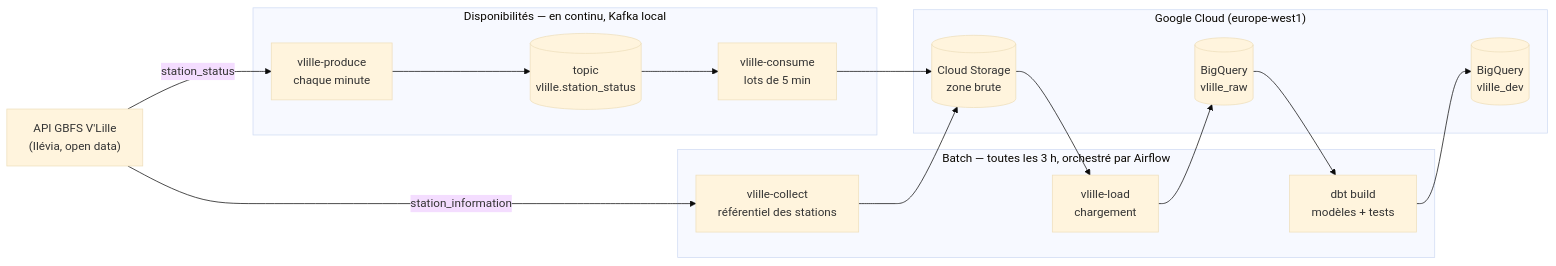
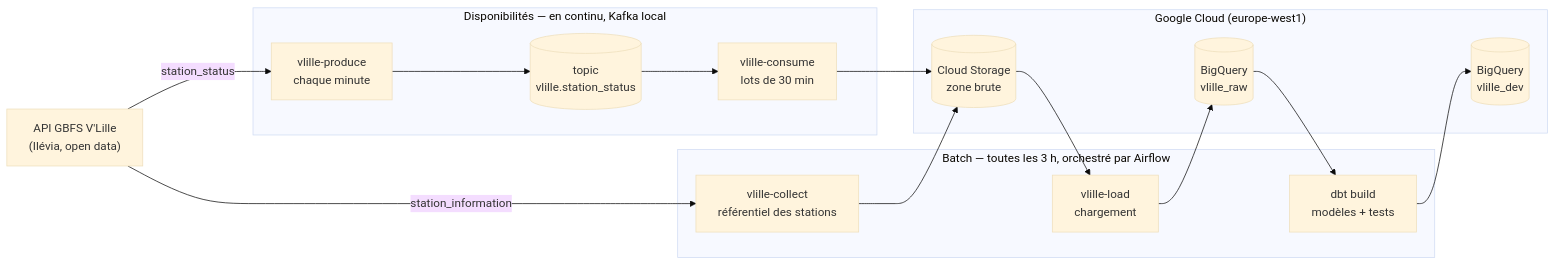
Before and after one commit to Tiffado/vlille-data-pipeline: the diagram in README.md, drawn with Mermaid (base theme). The commit also changed other lines of this file and 5 other files, not shown here.

````diff
--- a/README.md
+++ b/README.md
@@ -15,26 +15,26 @@
 ```mermaid
 flowchart LR
     API["API GBFS V'Lille<br/>(Ilévia, open data)"]
 
     subgraph Streaming["Disponibilités — en continu, Kafka local"]
         PRODUCE["vlille-produce<br/>chaque minute"]
         TOPIC[("topic<br/>vlille.station_status")]
-        CONSUME["vlille-consume<br/>lots de 5 min"]
+        CONSUME["vlille-consume<br/>lots de 30 min"]
     end
 
     subgraph Batch["Batch — toutes les 3 h, orchestré par Airflow"]
         COLLECT["vlille-collect<br/>référentiel des stations"]
         LOAD["vlille-load<br/>chargement"]
         DBT["dbt build<br/>modèles + tests"]
     end
 
     subgraph GCP["Google Cloud (europe-west1)"]
         GCS[("Cloud Storage<br/>zone brute")]
         RAW[("BigQuery<br/>vlille_raw")]
         DEV[("BigQuery<br/>vlille_dev")]
     end
 
     API -- station_status --> PRODUCE --> TOPIC --> CONSUME --> GCS
     API -- station_information --> COLLECT --> GCS
     GCS --> LOAD --> RAW --> DBT --> DEV
 ```
````
